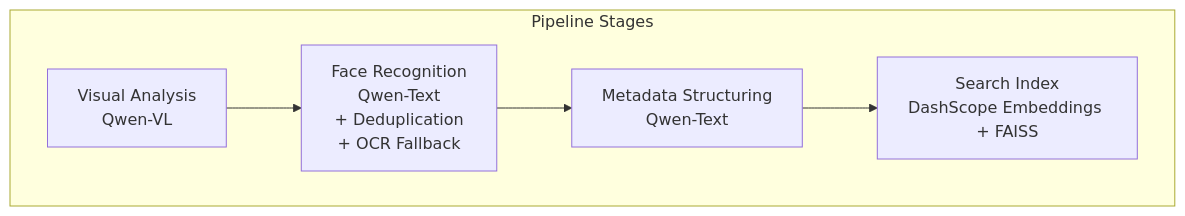
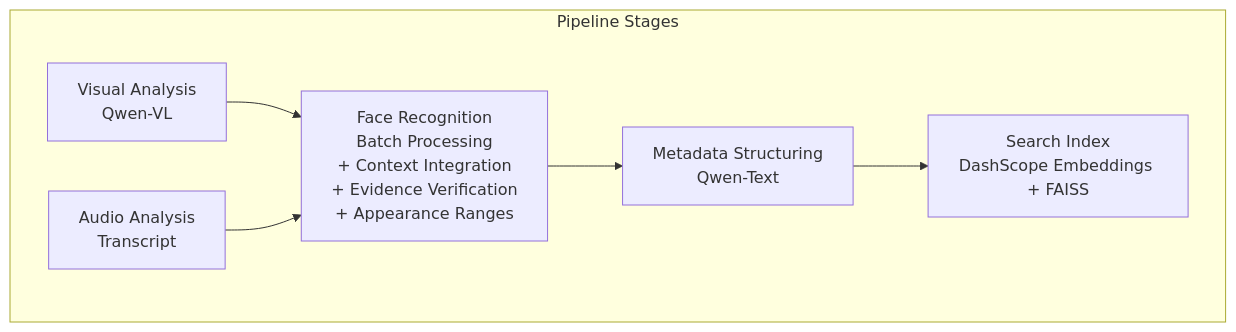
Before and after one commit to alexandreybasta-cyber/dubai-media-ai: the first of 5 diagrams in .qoder/repowiki/en/content/Media Processing Pipeline/Face Recognition Stage.md, drawn with Mermaid. The commit also changed other lines of this file and 49 other files, not shown here.

````diff
--- a/.qoder/repowiki/en/content/Media Processing Pipeline/Face Recognition Stage.md
+++ b/.qoder/repowiki/en/content/Media Processing Pipeline/Face Recognition Stage.md
@@ -42,12 +44,14 @@
 ```mermaid
 graph TB
 subgraph "Pipeline Stages"
 VA["Visual Analysis<br/>Qwen-VL"]
-FR["Face Recognition<br/>Qwen-Text<br/>+ Deduplication<br/>+ OCR Fallback"]
+AA["Audio Analysis<br/>Transcript"]
+FR["Face Recognition<br/>Batch Processing<br/>+ Context Integration<br/>+ Evidence Verification<br/>+ Appearance Ranges"]
 MS["Metadata Structuring<br/>Qwen-Text"]
 SI["Search Index<br/>DashScope Embeddings + FAISS"]
 end
 VA --> FR
+AA --> FR
 FR --> MS
 MS --> SI
 ```
````
